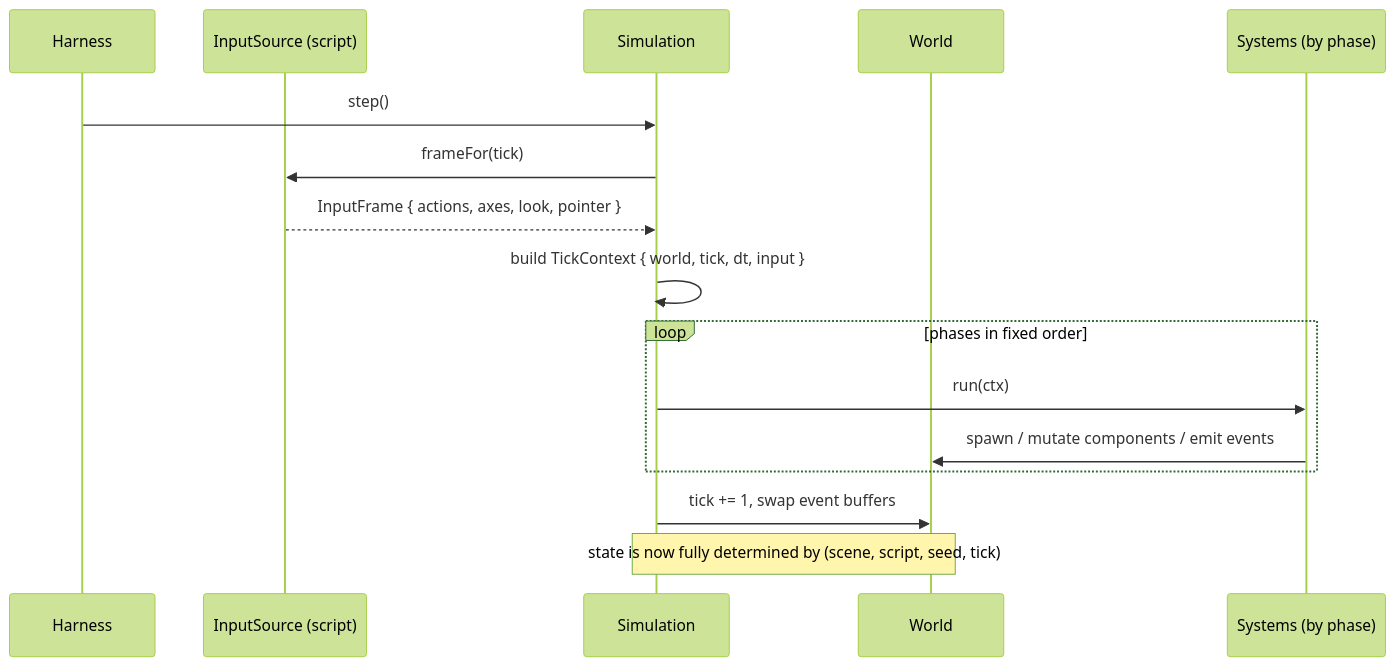
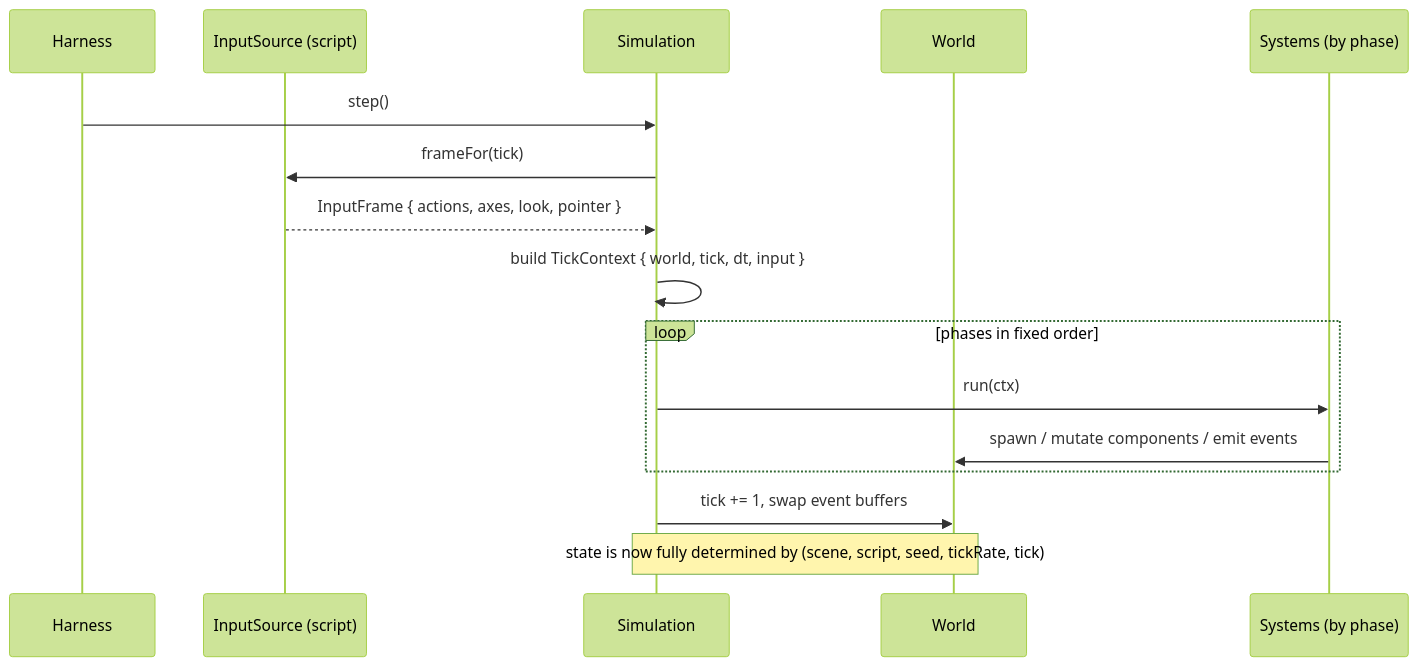
One commit to rumukh/aegis-engine changed the second of 4 diagrams in docs/architecture.md. Above: the diagram before and after it, drawn with Mermaid (forest theme). The commit also changed other lines of this file and 3 other files, not shown here.

First line of the commit message:
Define the agent-first production roadmap and AAA-capable goal

````diff
--- a/docs/architecture.md
+++ b/docs/architecture.md
@@ -93,19 +99,19 @@
 ```mermaid
 sequenceDiagram
   participant H as Harness
   participant IS as InputSource (script)
   participant Sim as Simulation
   participant W as World
   participant Sys as Systems (by phase)
 
   H->>Sim: step()
   Sim->>IS: frameFor(tick)
   IS-->>Sim: InputFrame { actions, axes, look, pointer }
   Sim->>Sim: build TickContext { world, tick, dt, input }
   loop phases in fixed order
     Sim->>Sys: run(ctx)
     Sys->>W: spawn / mutate components / emit events
   end
   Sim->>W: tick += 1, swap event buffers
-  Note over Sim,W: state is now fully determined by (scene, script, seed, tick)
+  Note over Sim,W: state is now fully determined by (scene, script, seed, tickRate, tick)
 ```
````
